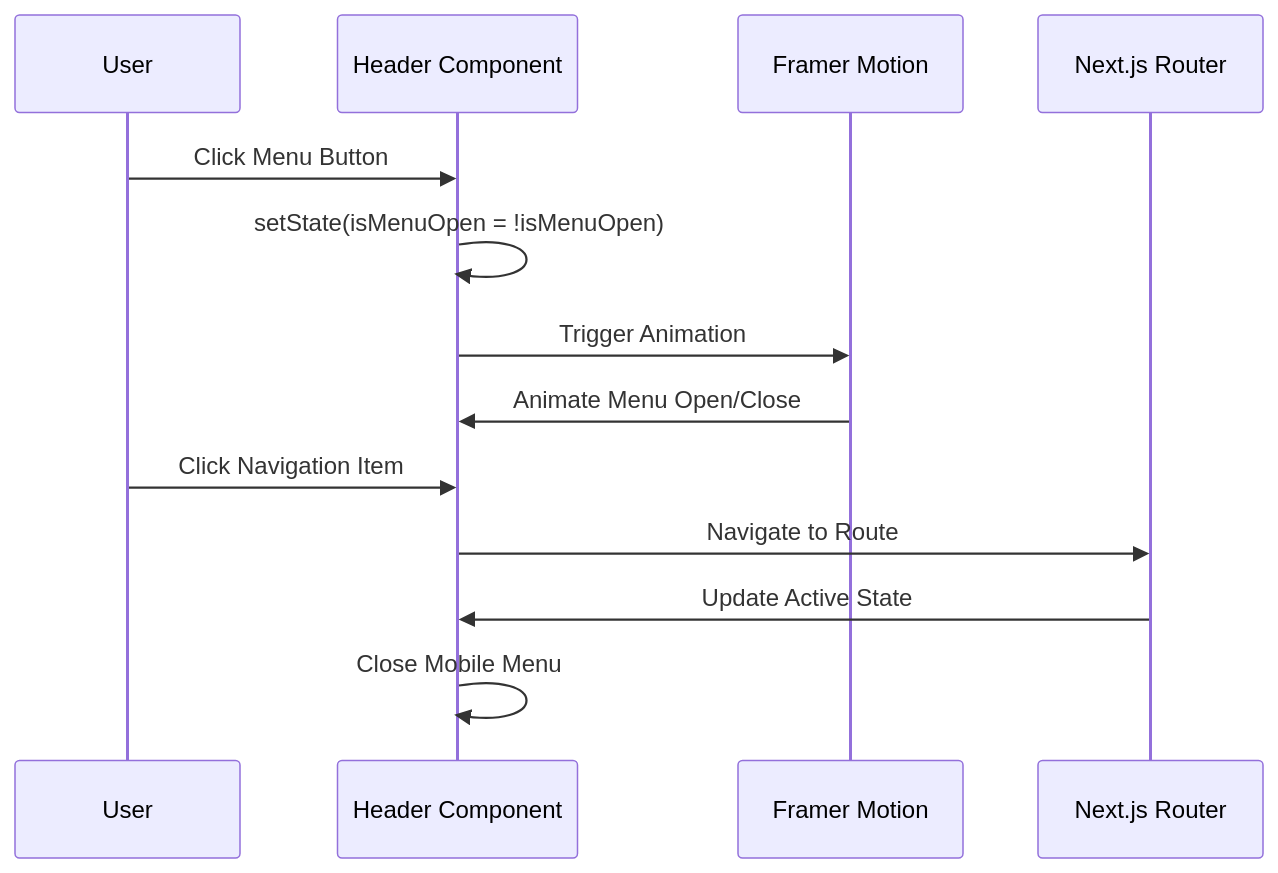
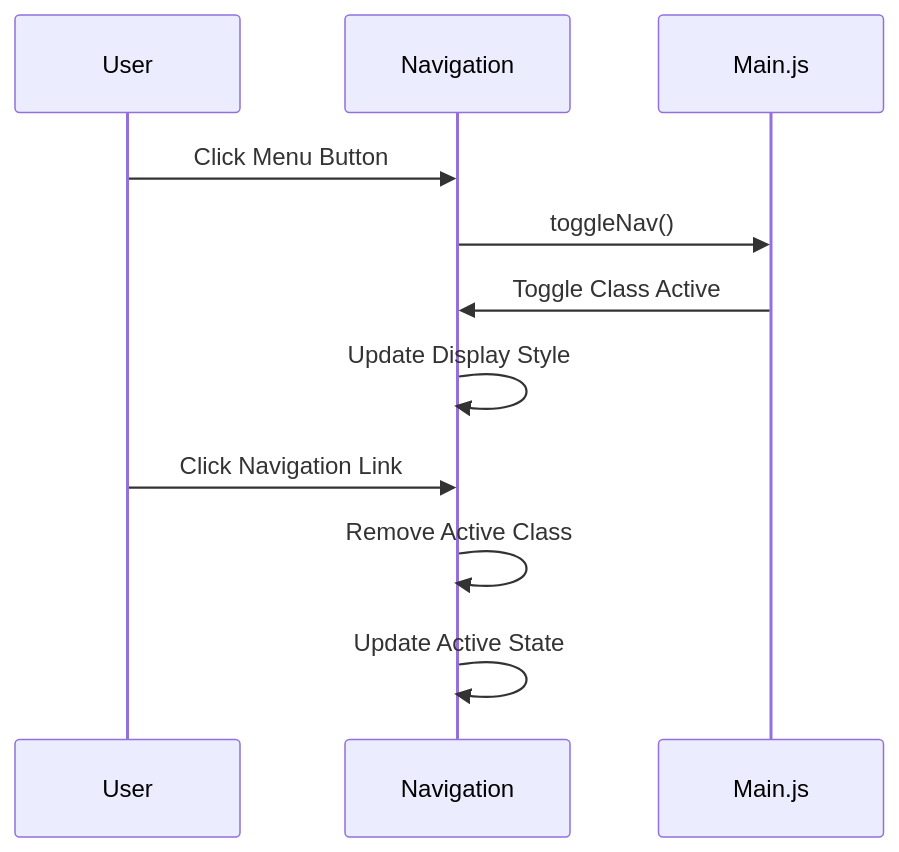
Before and after one commit to tashkirrr/housing-price-prediction: the fourth of 6 diagrams in .qoder/repowiki/en/content/Web Application/Next.js Project Structure.md, drawn with Mermaid. The commit also changed other lines of this file and 5 other files, not shown here.

````diff
--- a/.qoder/repowiki/en/content/Web Application/Next.js Project Structure.md
+++ b/.qoder/repowiki/en/content/Web Application/Next.js Project Structure.md
@@ -156,15 +187,13 @@
 ```mermaid
 sequenceDiagram
 participant User as User
-participant Header as Header Component
-participant Motion as Framer Motion
-participant Router as Next.js Router
-User->>Header : Click Menu Button
-Header->>Header : setState(isMenuOpen = !isMenuOpen)
-Header->>Motion : Trigger Animation
-Motion->>Header : Animate Menu Open/Close
-User->>Header : Click Navigation Item
-Header->>Router : Navigate to Route
-Router->>Header : Update Active State
-Header->>Header : Close Mobile Menu
+participant Nav as Navigation
+participant MainJS as Main.js
+User->>Nav : Click Menu Button
+Nav->>MainJS : toggleNav()
+MainJS->>Nav : Toggle Class Active
+Nav->>Nav : Update Display Style
+User->>Nav : Click Navigation Link
+Nav->>Nav : Remove Active Class
+Nav->>Nav : Update Active State
 ```
````
